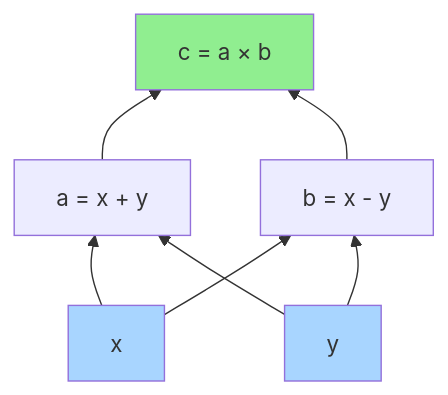
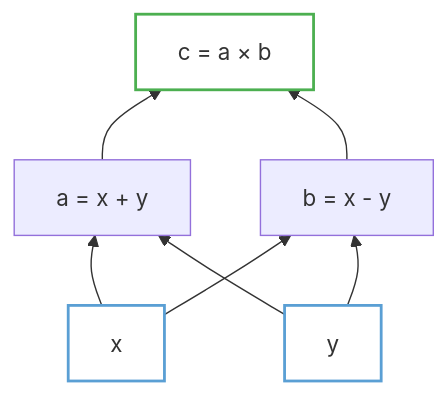
Before and after one commit to bolu-atx/bolu-atx.github.io: the ninth of 9 diagrams in _posts/2026-01-03-autodiff-part1-intuition.md, drawn with Mermaid. The commit also changed other lines of this file, not shown here.

Commit message:
Use stroke-only styling for Mermaid diagrams (no fills)

````diff
--- a/_posts/2026-01-03-autodiff-part1-intuition.md
+++ b/_posts/2026-01-03-autodiff-part1-intuition.md
@@ -309,19 +309,19 @@
 ```mermaid
 graph BT
     x["x"]
     y["y"]
     a["a = x + y"]
     b["b = x - y"]
     c["c = a × b"]
 
     x --> a
     y --> a
     x --> b
     y --> b
     a --> c
     b --> c
 
-    style x fill:#a8d5ff
-    style y fill:#a8d5ff
-    style c fill:#90EE90
+    style x fill:none,stroke:#5a9fd4,stroke-width:2px
+    style y fill:none,stroke:#5a9fd4,stroke-width:2px
+    style c fill:none,stroke:#4CAF50,stroke-width:2px
 ```
````
